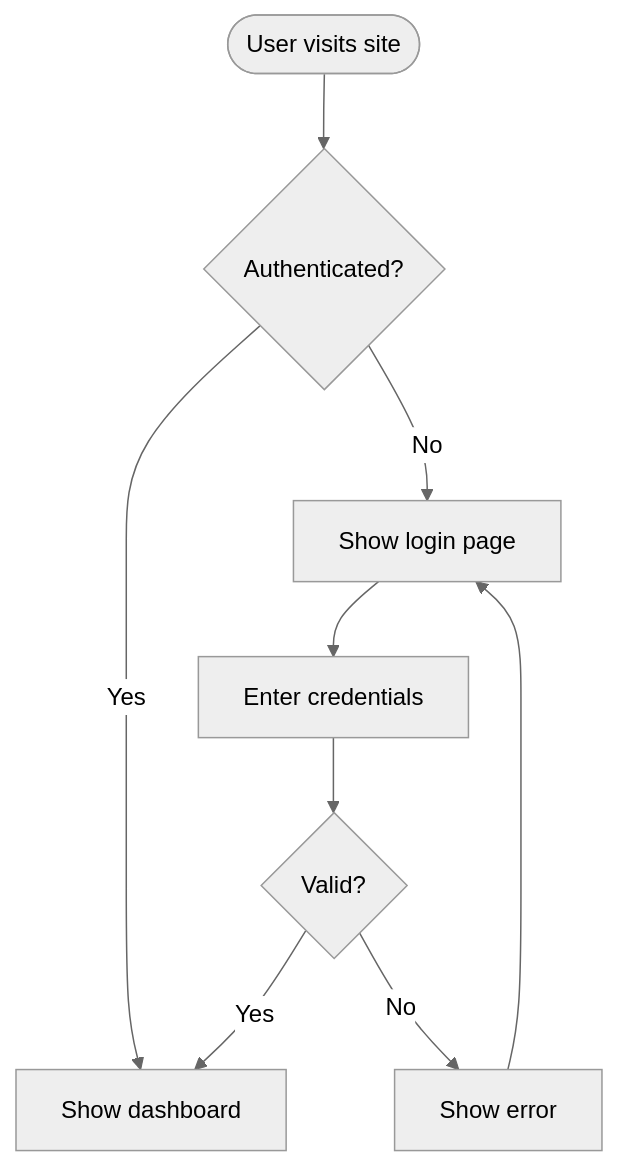
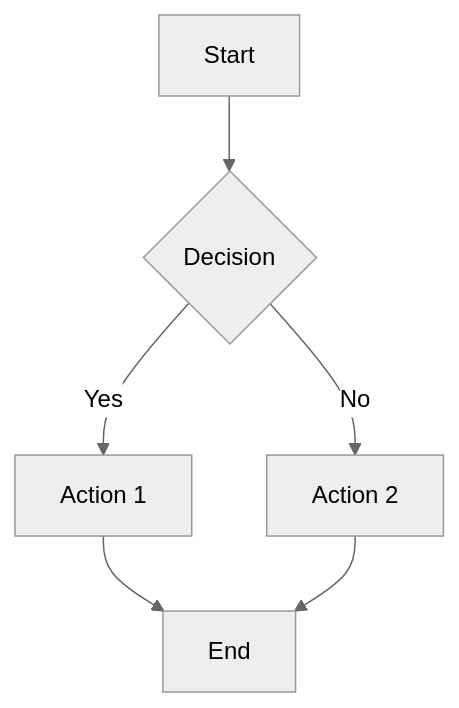
Before and after one commit to runkids/claude-skill-registry: the first of 30 diagrams in skills/data/mermaid-diagrams/SKILL.md, drawn with Mermaid (neutral theme). The commit also changed other lines of this file and 32122 other files, not shown here.

````diff
--- a/skills/data/mermaid-diagrams/SKILL.md
+++ b/skills/data/mermaid-diagrams/SKILL.md
@@ -102,11 +28,8 @@
 ```mermaid
 flowchart TD
-    Start([User visits site]) --> Auth{Authenticated?}
-    Auth -->|No| Login[Show login page]
-    Auth -->|Yes| Dashboard[Show dashboard]
-    Login --> Creds[Enter credentials]
-    Creds --> Validate{Valid?}
-    Validate -->|Yes| Dashboard
-    Validate -->|No| Error[Show error]
-    Error --> Login
+    A[Start] --> B{Decision}
+    B -->|Yes| C[Action 1]
+    B -->|No| D[Action 2]
+    C --> E[End]
+    D --> E
 ```
````
